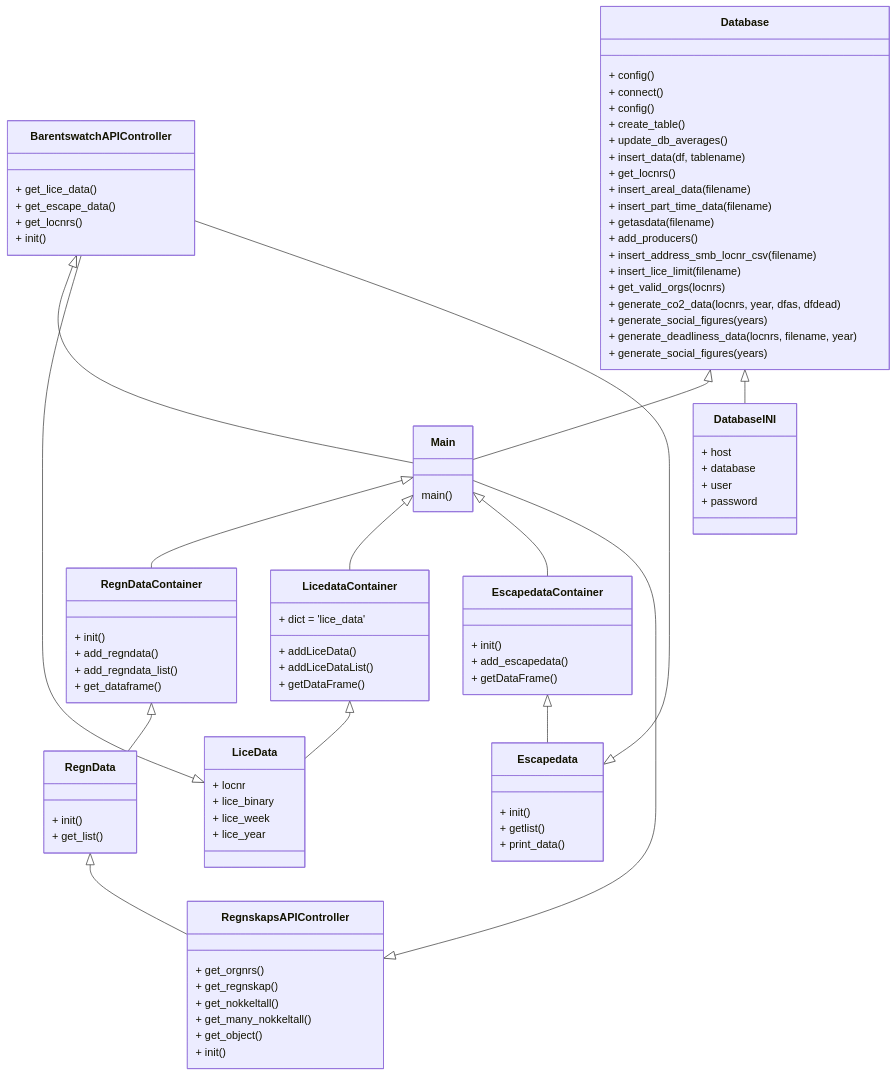
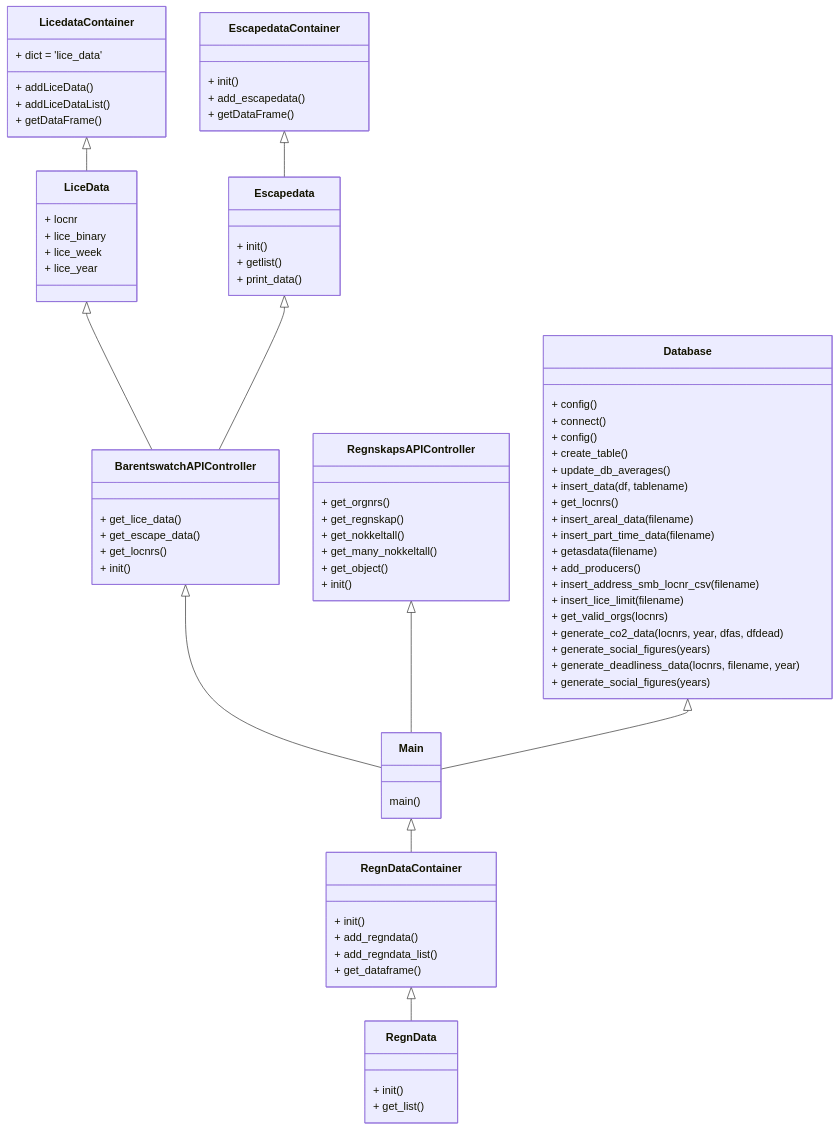
One commit to brreg/sommercamp2022 changed the diagram in Documentation/class_diagram.md. Above: the diagram before and after it, drawn with Mermaid.

```diff
--- a/Documentation/class_diagram.md
+++ b/Documentation/class_diagram.md
@@ -6,14 +6,10 @@
     Main <|-- RegnDataContainer
     RegnDataContainer <|-- RegnData
     Database <|-- Main
-	Database <|-- DatabaseINI
 	LiceData <|-- BarentswatchAPIController
 	Escapedata <|-- BarentswatchAPIController
-	Main <|-- LicedataContainer
 	LicedataContainer <|-- LiceData
 	EscapedataContainer <|-- Escapedata
-	Main <|-- EscapedataContainer
-	RegnData <|-- RegnskapsAPIController
 	
     
 	
@@ -61,13 +57,7 @@
 	  
     }
 	    
-	class DatabaseINI {
-      + host
-	  + database
-	  + user
-	  + password
-      
-    }
+
 
 	class LicedataContainer {
       + dict = 'lice_data'
```
